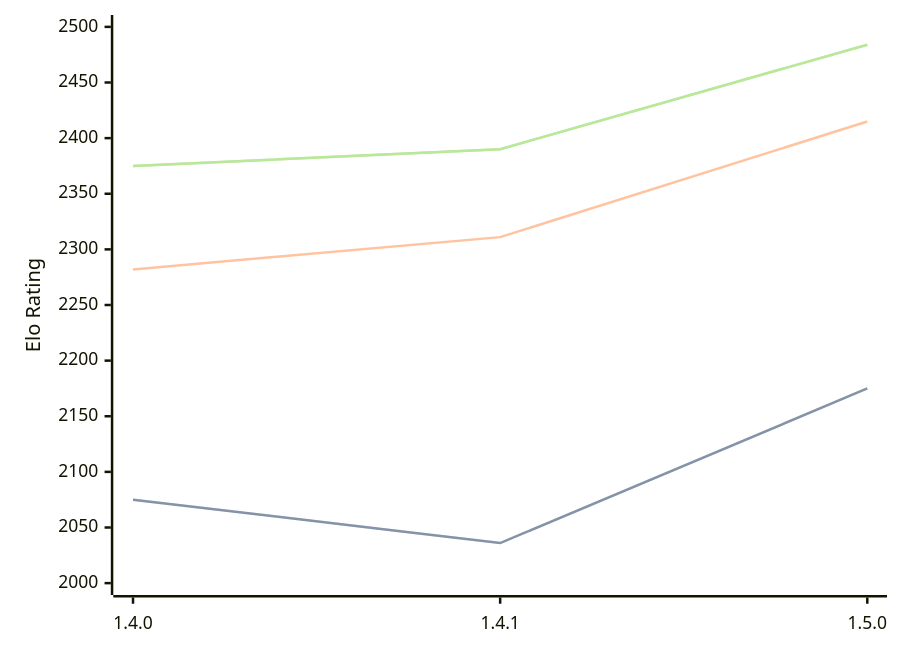
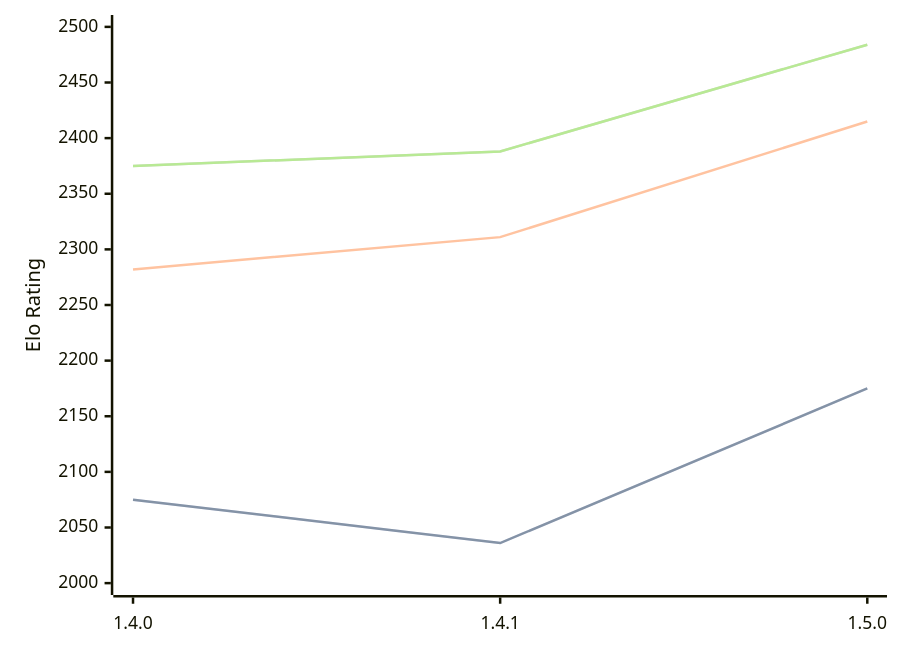
One commit to computer-chess-index/cci changed the diagram in engines/Tofiks.md. Above: the diagram before and after it, drawn with Mermaid. The commit also changed other lines of this file, not shown here.

Commit message:
Update CCI Ratings (ELO VLTC) - 2026-06-12

````diff
--- a/engines/Tofiks.md
+++ b/engines/Tofiks.md
@@ -37,11 +37,11 @@
 ```mermaid
 %%{init: {"theme":"base","themeVariables":{"seriesColors:['#a3a3a3','#222221','#faa371']}}}%%
 xychart-beta
   x-axis ["1.4.0", "1.4.1", "1.5.0"]
   y-axis "Elo Rating" 2000 --> 2500
   line "STC (8.0+0.08s)" [2075, 2036, 2175]
   line "STC (8.0+0.08s)" [2075, 2036, 2175]
   line "LTC (60.0+0.60s)" [2282, 2311, 2415]
-  line "VLTC (2m24s+1.12s)" [2375, 2390, 2484]
-  line "VLTC (2m24s+1.12s)" [2375, 2390, 2484]
+  line "VLTC (2m24s+1.12s)" [2375, 2388, 2484]
+  line "VLTC (2m24s+1.12s)" [2375, 2388, 2484]
 ```
````
